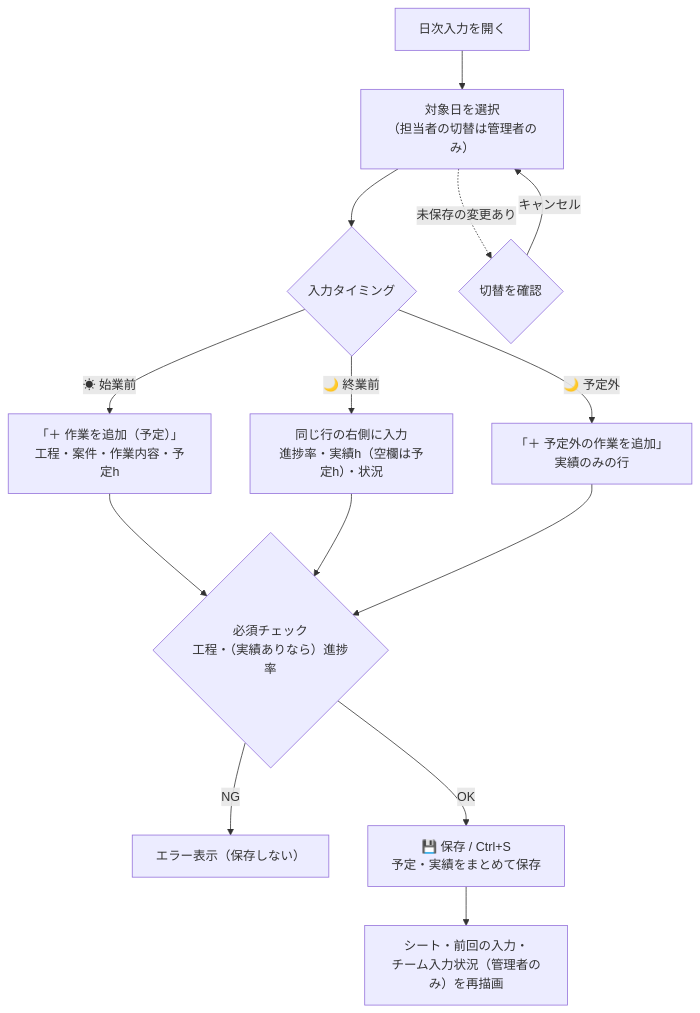
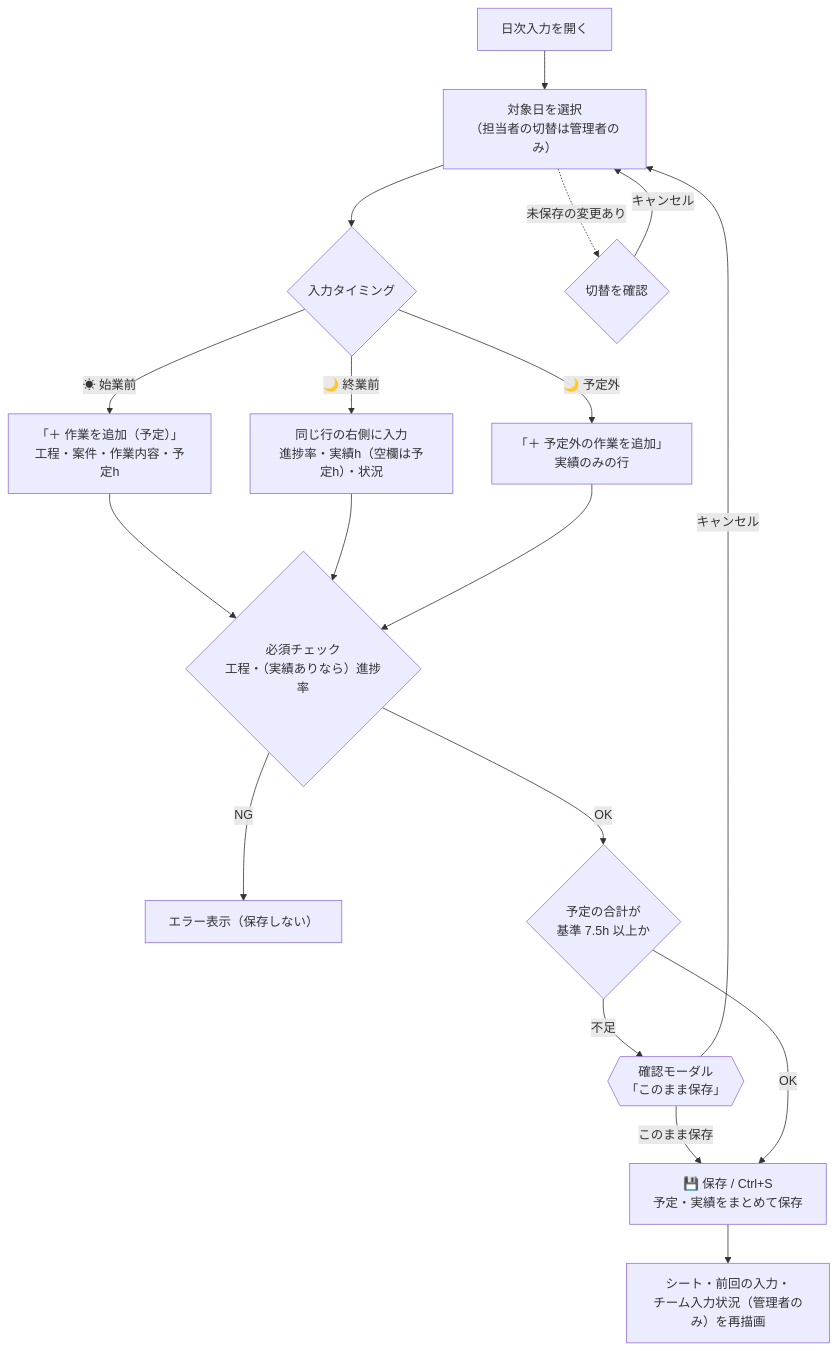
One commit to okSJ28/management-tool changed the fifth of 7 diagrams in docs/画面遷移図.md. Above: the diagram before and after it, drawn with Mermaid. The commit also changed other lines of this file and 7 other files, not shown here.

````diff
--- a/docs/画面遷移図.md
+++ b/docs/画面遷移図.md
@@ -210,16 +214,20 @@
 ```mermaid
 flowchart TB
     A["日次入力を開く"] --> B["対象日を選択<br/>（担当者の切替は管理者のみ）"]
     B --> C{"入力タイミング"}
     C -->|"☀ 始業前"| D["「＋ 作業を追加（予定）」<br/>工程・案件・作業内容・予定h"]
     C -->|"🌙 終業前"| E["同じ行の右側に入力<br/>進捗率・実績h（空欄は予定h）・状況"]
     C -->|"🌙 予定外"| F["「＋ 予定外の作業を追加」<br/>実績のみの行"]
     D --> G{"必須チェック<br/>工程・（実績ありなら）進捗率"}
     E --> G
     F --> G
     G -- "NG" --> I["エラー表示（保存しない）"]
-    G -- "OK" --> J["💾 保存 / Ctrl+S<br/>予定・実績をまとめて保存"]
+    G -- "OK" --> H{"予定の合計が<br/>基準 7.5h 以上か"}
+    H -- "不足" --> M{{"確認モーダル<br/>「このまま保存」"}}
+    M -- "キャンセル" --> B
+    M -- "このまま保存" --> J
+    H -- "OK" --> J["💾 保存 / Ctrl+S<br/>予定・実績をまとめて保存"]
     J --> K["シート・前回の入力・<br/>チーム入力状況（管理者のみ）を再描画"]
     B -. "未保存の変更あり" .-> L{"切替を確認"}
     L -- "キャンセル" --> B
 ```
````
